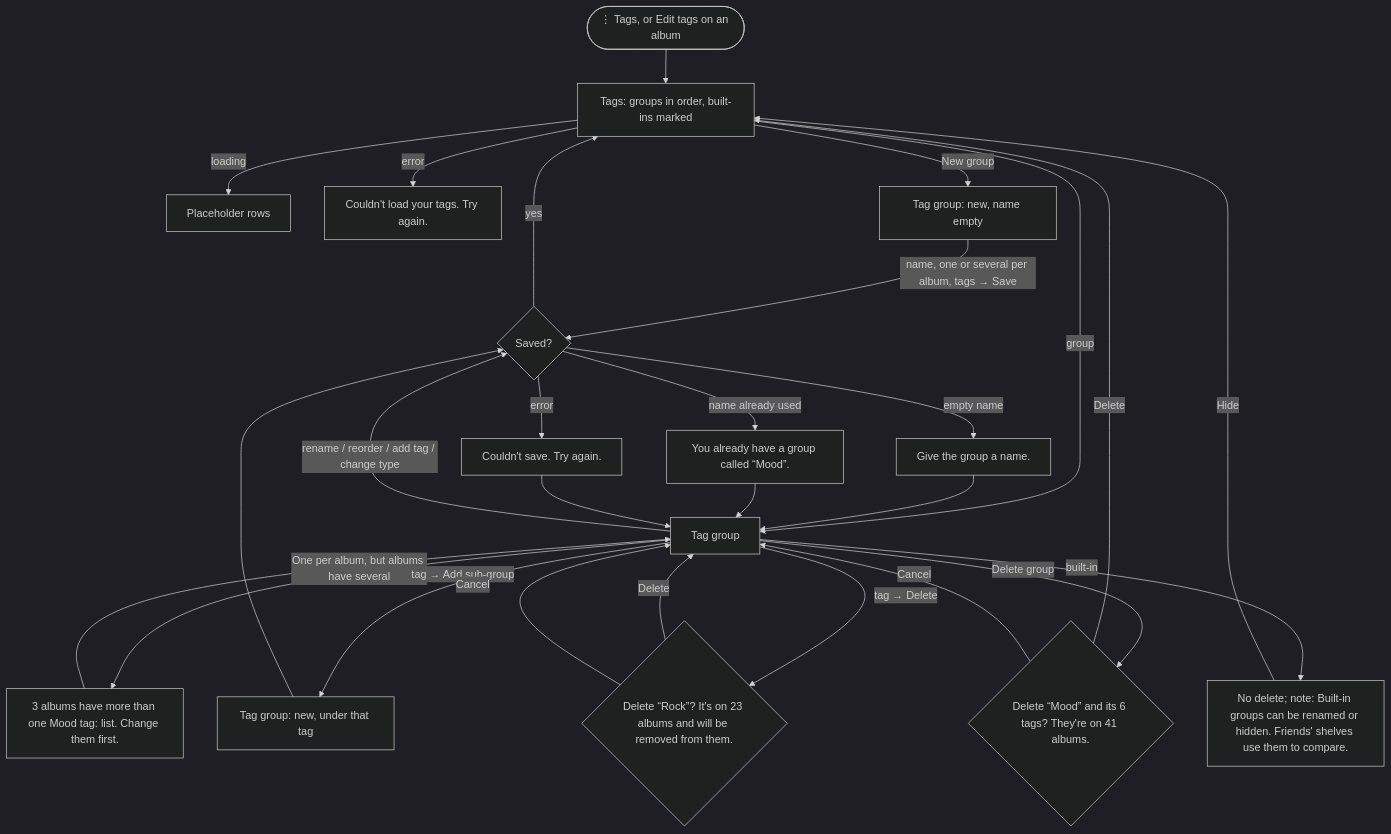
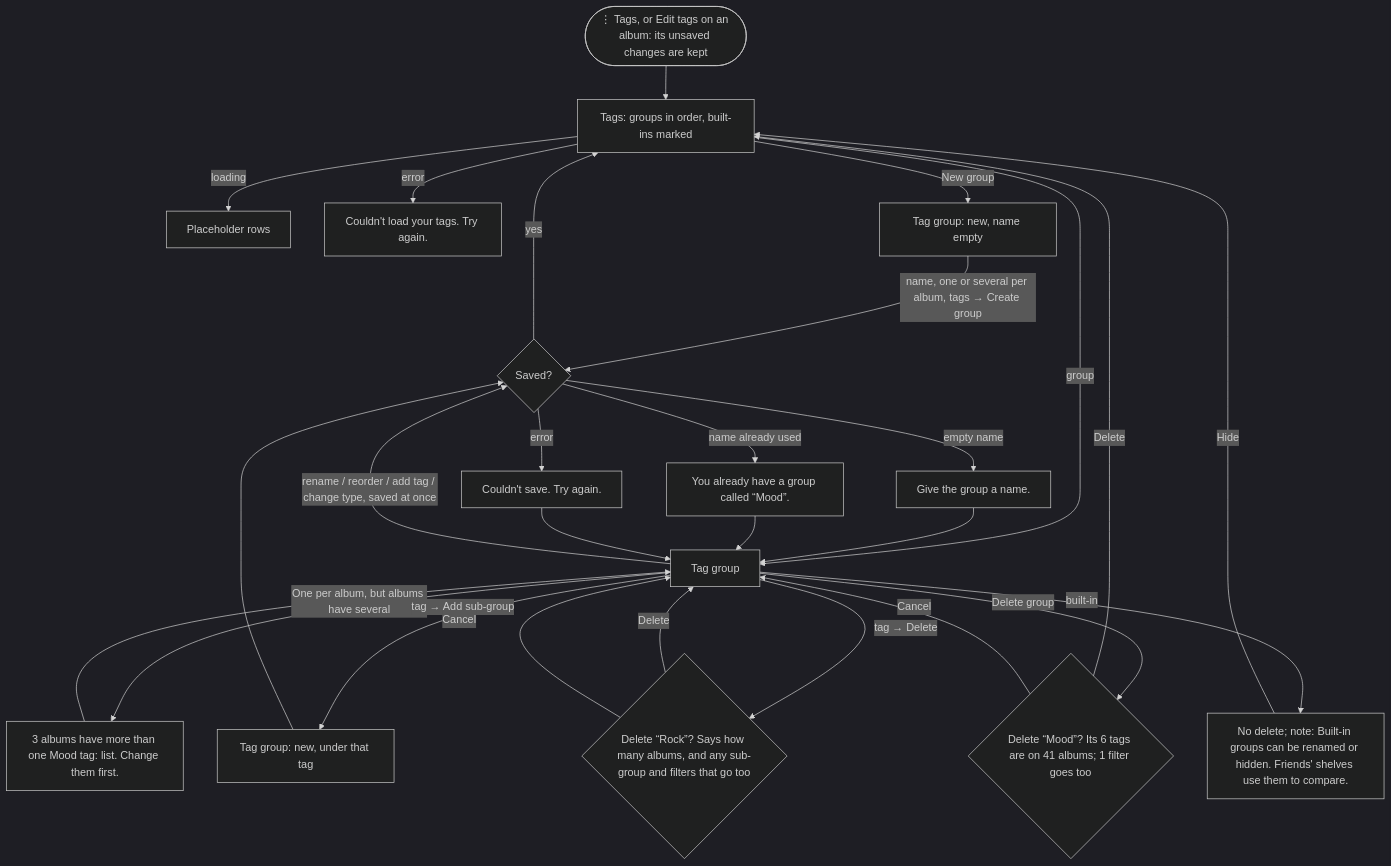
Before and after one commit to Schwub/shelf: the sixth of 8 diagrams in docs/design/flows.md, drawn with Mermaid (dark theme). The commit also changed other lines of this file and 9 other files, not shown here.

First line of the commit message:
Apply wireframe review: sub-groups, immediate saves, missing states

````diff
--- a/docs/design/flows.md
+++ b/docs/design/flows.md
@@ -124,24 +124,24 @@
 ```mermaid
 flowchart TD
-  menu([⋮ Tags, or Edit tags on an album]) --> list[Tags: groups in order, built-ins marked]
+  menu([⋮ Tags, or Edit tags on an album: its unsaved changes are kept]) --> list[Tags: groups in order, built-ins marked]
   list -- loading --> lskel[Placeholder rows]
   list -- error --> lerr[Couldn't load your tags. Try again.]
   list -- New group --> newg[Tag group: new, name empty]
   list -- group --> group[Tag group]
-  newg -- name, one or several per album, tags → Save --> saved{Saved?}
-  group -- rename / reorder / add tag / change type --> saved
+  newg -- name, one or several per album, tags → Create group --> saved{Saved?}
+  group -- rename / reorder / add tag / change type, saved at once --> saved
   saved -- yes --> list
   saved -- empty name --> nameErr[Give the group a name.] --> group
   saved -- name already used --> dupErr[You already have a group called “Mood”.] --> group
   saved -- error --> sErr[Couldn't save. Try again.] --> group
   group -- One per album, but albums have several --> exErr[3 albums have more than one Mood tag: list. Change them first.] --> group
   group -- tag → Add sub-group --> sub[Tag group: new, under that tag] --> saved
-  group -- tag → Delete --> tdel{Delete “Rock”? It's on 23 albums and will be removed from them.}
+  group -- tag → Delete --> tdel{Delete “Rock”? Says how many albums, and any sub-group and filters that go too}
   tdel -- Delete --> group
   tdel -- Cancel --> group
-  group -- Delete group --> gdel{Delete “Mood” and its 6 tags? They're on 41 albums.}
+  group -- Delete group --> gdel{Delete “Mood”? Its 6 tags are on 41 albums; 1 filter goes too}
   gdel -- Delete --> list
   gdel -- Cancel --> group
   group -- built-in --> builtin[No delete; note: Built-in groups can be renamed or hidden. Friends' shelves use them to compare.]
   builtin -- Hide --> list
 ```
````
